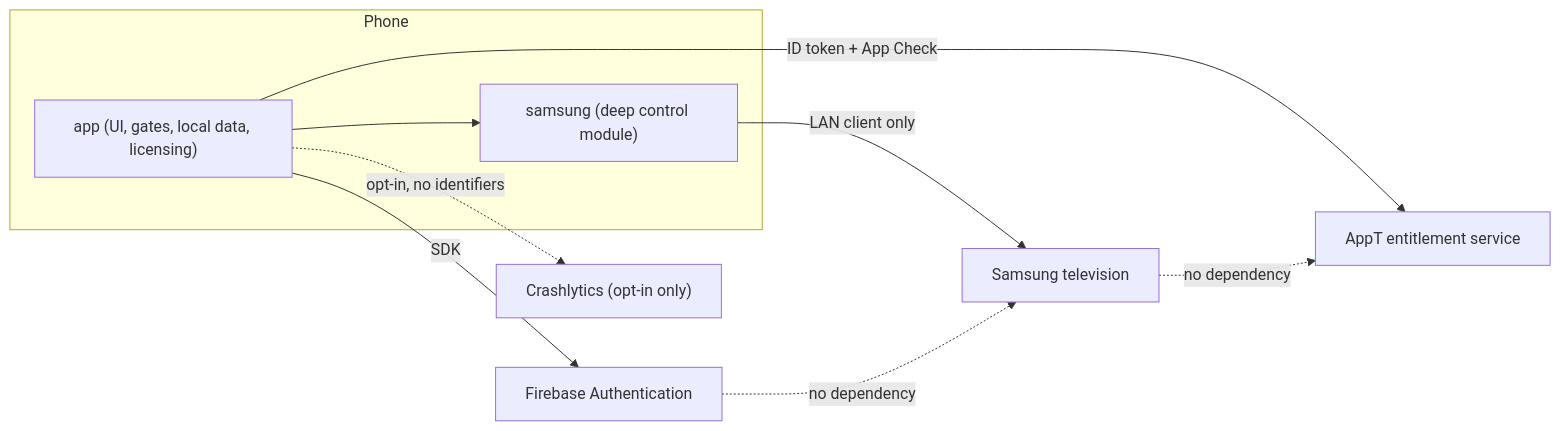
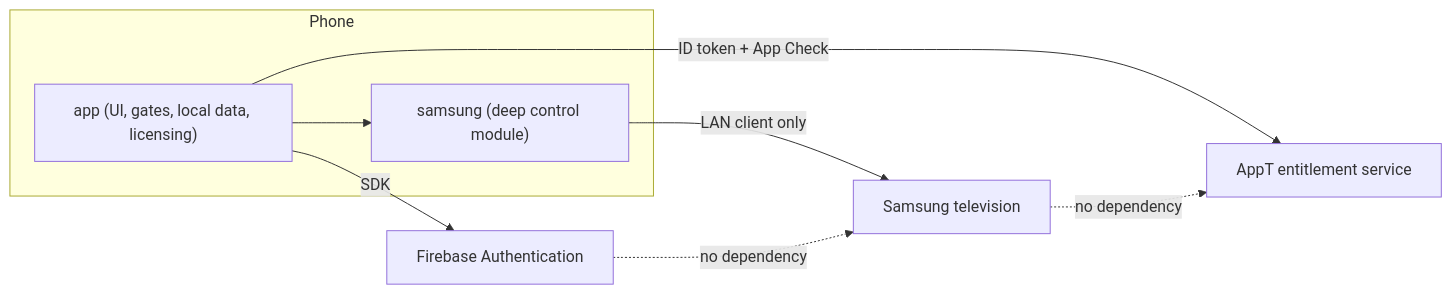
One commit to anthracite-labs/AppT changed the first of 2 diagrams in docs/architecture/modules.md. Above: the diagram before and after it, drawn with Mermaid. The commit also changed other lines of this file and 17 other files, not shown here.

````diff
--- a/docs/architecture/modules.md
+++ b/docs/architecture/modules.md
@@ -22,18 +25,16 @@
 ```mermaid
 flowchart LR
   subgraph phone [Phone]
     appMod["app (UI, gates, local data, licensing)"]
     samsungMod["samsung (deep control module)"]
     appMod --> samsungMod
   end
   tv["Samsung television"]
   auth["Firebase Authentication"]
   fn["AppT entitlement service"]
-  crash["Crashlytics (opt-in only)"]
   samsungMod -->|"LAN client only"| tv
   appMod -->|"ID token + App Check"| fn
   appMod -->|"SDK"| auth
-  appMod -.->|"opt-in, no identifiers"| crash
   tv -.->|"no dependency"| fn
   auth -.->|"no dependency"| tv
 ```
````
